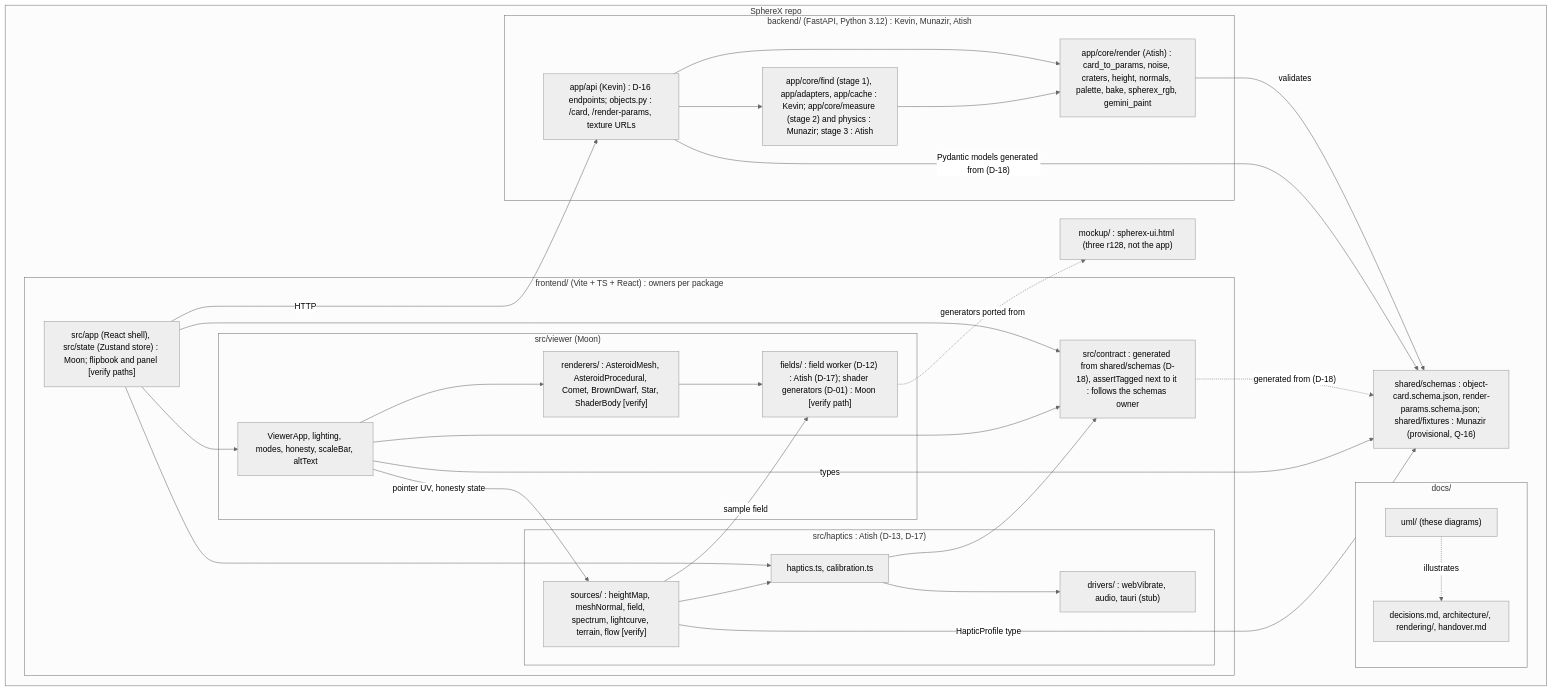
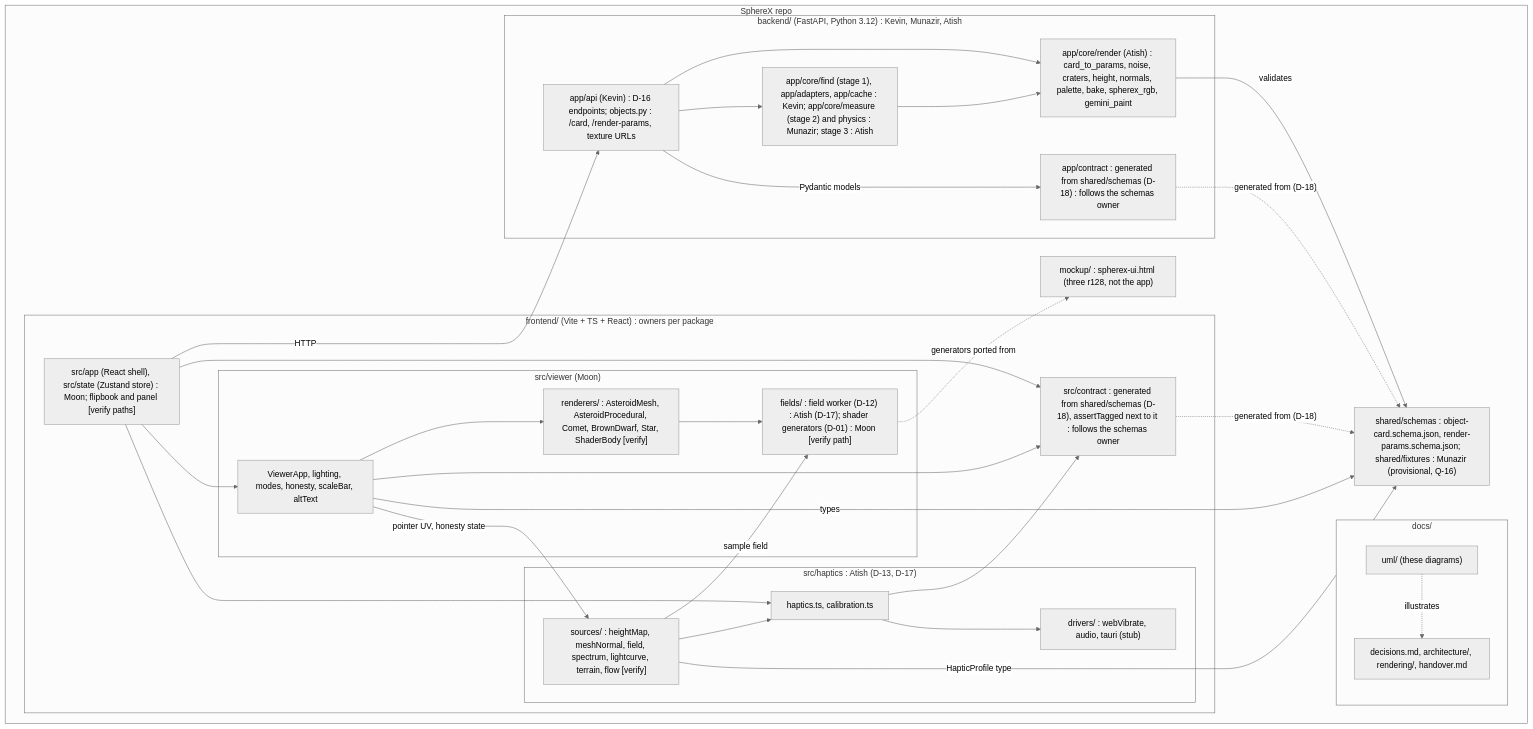
Before and after one commit to 0ffrian/SphereX: the diagram in docs/uml/04-package.md, drawn with Mermaid (neutral theme). The commit also changed other lines of this file and 68 other files, not shown here.

First line of the commit message:
Add the shared contract: schemas, fixtures and generated types (#4)

````diff
--- a/docs/uml/04-package.md
+++ b/docs/uml/04-package.md
@@ -5,58 +5,60 @@
 ```mermaid
 flowchart TB
   subgraph Repo["SphereX repo"]
     subgraph Docs["docs/"]
       DocSpecs["decisions.md, architecture/, rendering/, handover.md"]
       DocUML["uml/ (these diagrams)"]
     end
 
     Mockup["mockup/ : spherex-ui.html (three r128, not the app)"]
 
     subgraph Backend["backend/ (FastAPI, Python 3.12) : Kevin, Munazir, Atish"]
       BApi["app/api (Kevin) : D-16 endpoints; objects.py : /card, /render-params, texture URLs"]
       BPipe["app/core/find (stage 1), app/adapters, app/cache : Kevin; app/core/measure (stage 2) and physics : Munazir; stage 3 : Atish"]
       BRender["app/core/render (Atish) : card_to_params, noise, craters, height, normals, palette, bake, spherex_rgb, gemini_paint"]
+      BContract["app/contract : generated from shared/schemas (D-18) : follows the schemas owner"]
     end
 
     subgraph Frontend["frontend/ (Vite + TS + React) : owners per package"]
       FApp["src/app (React shell), src/state (Zustand store) : Moon; flipbook and panel [verify paths]"]
       FContract["src/contract : generated from shared/schemas (D-18), assertTagged next to it : follows the schemas owner"]
       subgraph FViewer["src/viewer (Moon)"]
         VCore["ViewerApp, lighting, modes, honesty, scaleBar, altText"]
         VRend["renderers/ : AsteroidMesh, AsteroidProcedural, Comet, BrownDwarf, Star, ShaderBody [verify]"]
         VFields["fields/ : field worker (D-12) : Atish (D-17); shader generators (D-01) : Moon [verify path]"]
       end
       subgraph FHaptics["src/haptics : Atish (D-13, D-17)"]
         HCore["haptics.ts, calibration.ts"]
         HDrivers["drivers/ : webVibrate, audio, tauri (stub)"]
         HSources["sources/ : heightMap, meshNormal, field, spectrum, lightcurve, terrain, flow [verify]"]
       end
     end
 
     Schemas["shared/schemas : object-card.schema.json, render-params.schema.json; shared/fixtures : Munazir (provisional, Q-16)"]
   end
 
   DocUML -.->|"illustrates"| DocSpecs
   BApi --> BPipe
   BApi --> BRender
   BPipe --> BRender
   BRender -->|"validates"| Schemas
-  BApi -->|"Pydantic models generated from (D-18)"| Schemas
+  BApi -->|"Pydantic models"| BContract
+  BContract -.->|"generated from (D-18)"| Schemas
 
   FApp --> VCore
   FApp --> FContract
   VCore --> FContract
   HCore --> FContract
   FContract -.->|"generated from (D-18)"| Schemas
   FApp --> HCore
   FApp -->|"HTTP"| BApi
   VCore --> VRend
   VRend --> VFields
   VCore -->|"pointer UV, honesty state"| HSources
   HSources --> HCore
   HSources -->|"sample field"| VFields
   HCore --> HDrivers
   VCore -->|"types"| Schemas
   HSources -->|"HapticProfile type"| Schemas
   VFields -.->|"generators ported from"| Mockup
 ```
````
